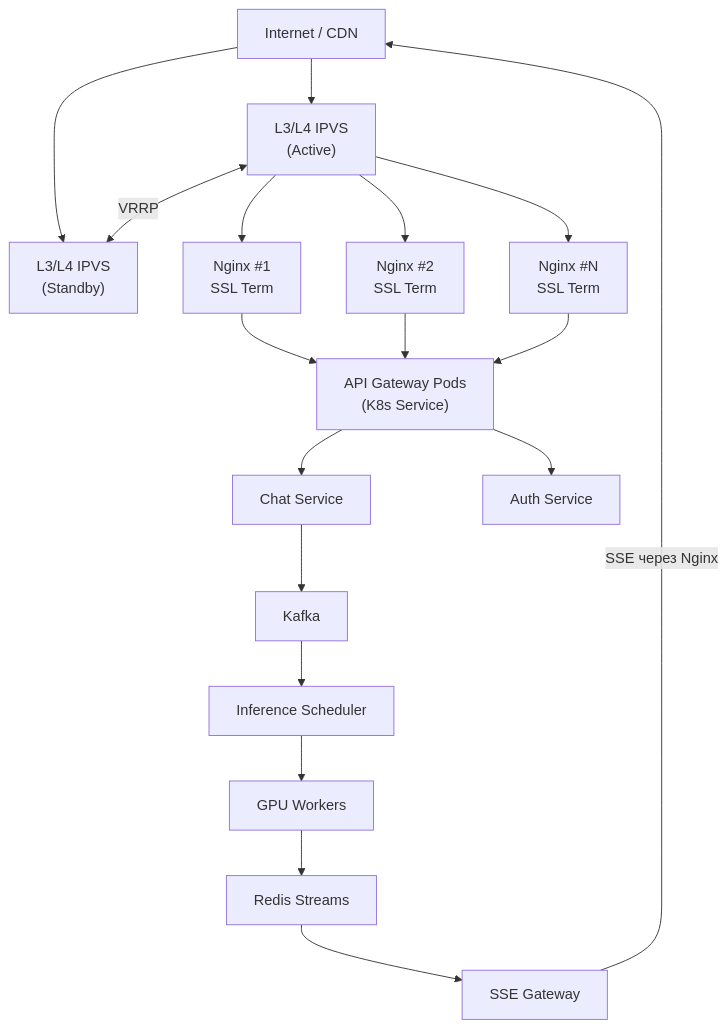
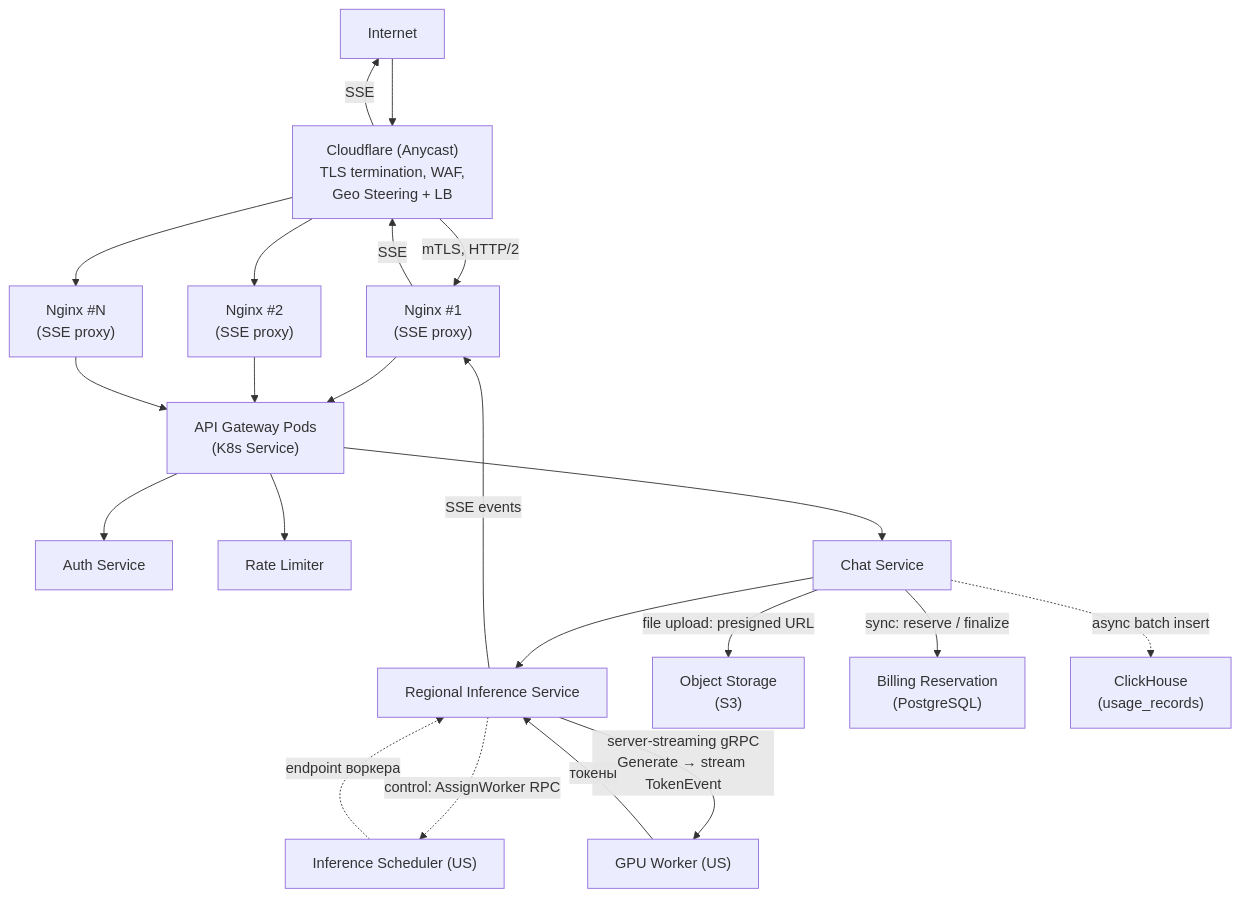
Before and after one commit to yaksase/highload_hse: the first of 8 diagrams in README.md, drawn with Mermaid. The commit also changed other lines of this file and 35 other files, not shown here.

````diff
--- a/README.md
+++ b/README.md
@@ -653,24 +854,29 @@
 ```mermaid
 graph TD
-    Internet["Internet / CDN"]
+    Internet["Internet"]
+    Internet --> CF["Cloudflare (Anycast)<br/>TLS termination, WAF,<br/>Geo Steering + LB"]
 
-    Internet --> L4_1["L3/L4 IPVS<br/>(Active)"]
-    Internet --> L4_2["L3/L4 IPVS<br/>(Standby)"]
-    L4_1 <-->|"VRRP"| L4_2
-
-    L4_1 --> Nginx1["Nginx #1<br/>SSL Term"]
-    L4_1 --> Nginx2["Nginx #2<br/>SSL Term"]
-    L4_1 --> NginxN["Nginx #N<br/>SSL Term"]
+    CF -->|"mTLS, HTTP/2"| Nginx1["Nginx #1<br/>(SSE proxy)"]
+    CF --> Nginx2["Nginx #2<br/>(SSE proxy)"]
+    CF --> NginxN["Nginx #N<br/>(SSE proxy)"]
 
     Nginx1 & Nginx2 & NginxN --> GW["API Gateway Pods<br/>(K8s Service)"]
 
+    GW --> Auth["Auth Service"]
+    GW --> Rate["Rate Limiter"]
     GW --> Chat["Chat Service"]
-    GW --> Auth["Auth Service"]
+    Chat --> RI["Regional Inference Service"]
 
-    Chat --> Kafka["Kafka"]
-    Kafka --> Sched["Inference Scheduler"]
-    Sched --> GPU["GPU Workers"]
-    GPU --> Redis["Redis Streams"]
-    Redis --> SSE["SSE Gateway"]
-    SSE -->|"SSE через Nginx"| Internet
+    RI -.->|"control: AssignWorker RPC"| Sched["Inference Scheduler (US)"]
+    Sched -.->|"endpoint воркера"| RI
+
+    RI -->|"server-streaming gRPC<br/>Generate → stream TokenEvent"| GPU["GPU Worker (US)"]
+    GPU -->|"токены"| RI
+    RI -->|"SSE events"| Nginx1
+    Nginx1 -->|"SSE"| CF
+    CF -->|"SSE"| Internet
+
+    Chat -->|"file upload: presigned URL"| S3["Object Storage<br/>(S3)"]
+    Chat -->|"sync: reserve / finalize"| Billing["Billing Reservation<br/>(PostgreSQL)"]
+    Chat -.->|"async batch insert"| CH["ClickHouse<br/>(usage_records)"]
 ```
````
